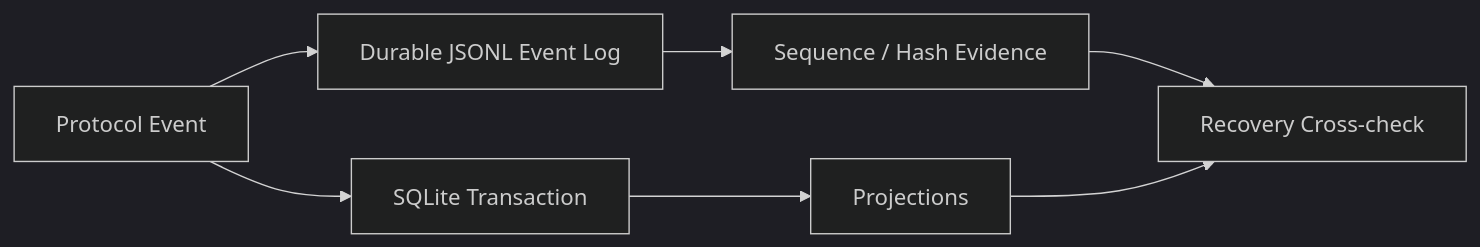
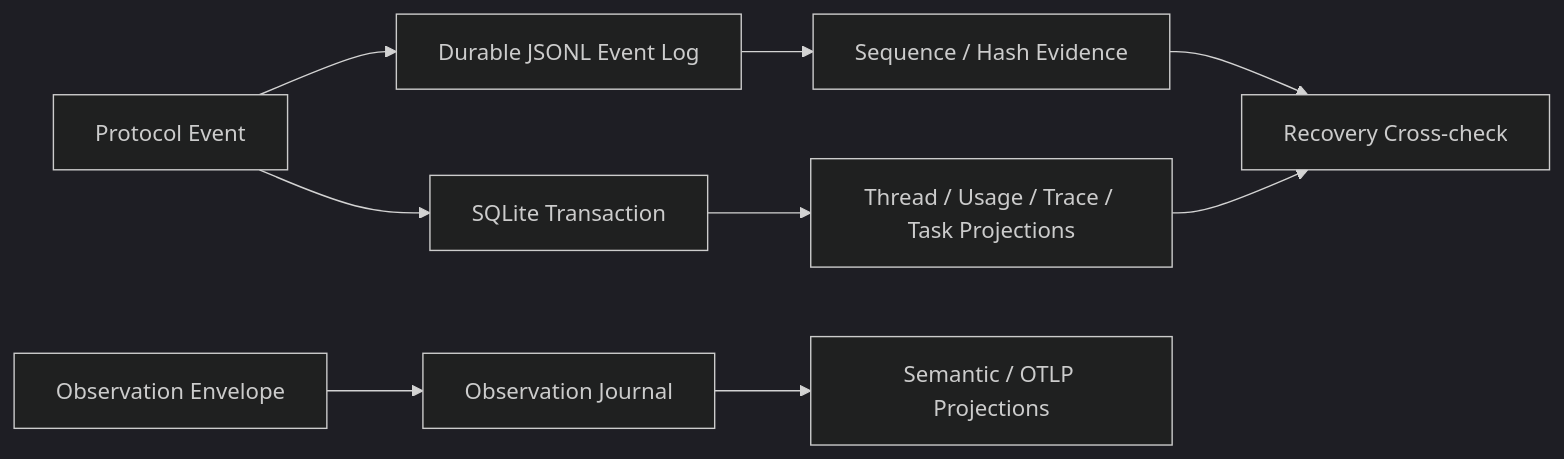
Before and after one commit to fwtllh-png/CodeHelper: the diagram in docs/book/zh-CN/08-state-observability/02-sqlite-event-projection.md, drawn with Mermaid (dark theme). The commit also changed other lines of this file and 314 other files, not shown here.

````diff
--- a/docs/book/zh-CN/08-state-observability/02-sqlite-event-projection.md
+++ b/docs/book/zh-CN/08-state-observability/02-sqlite-event-projection.md
@@ -40,9 +46,11 @@
 ```mermaid
 flowchart LR
     E[Protocol Event] --> L[Durable JSONL Event Log]
     L --> V[Sequence / Hash Evidence]
     E --> T[SQLite Transaction]
-    T --> P[Projections]
+    T --> P[Thread / Usage / Trace / Task Projections]
+    O[Observation Envelope] --> J[Observation Journal]
+    J --> X[Semantic / OTLP Projections]
     V --> R[Recovery Cross-check]
     P --> R
 ```
````
